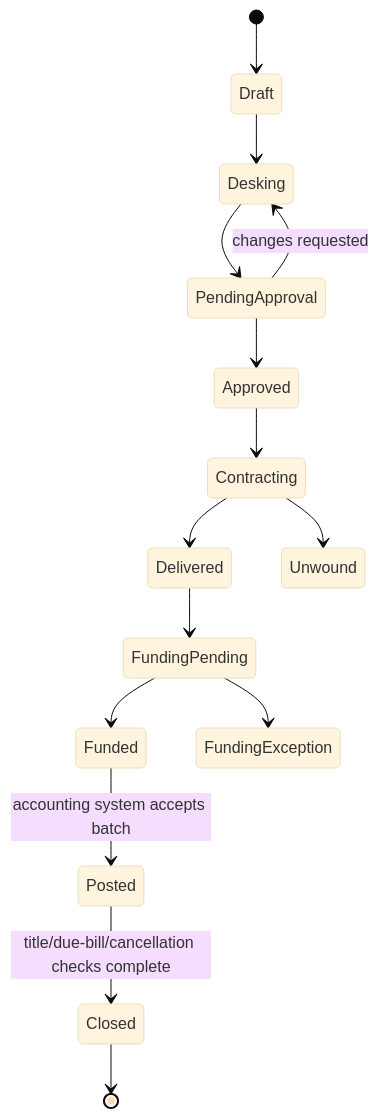
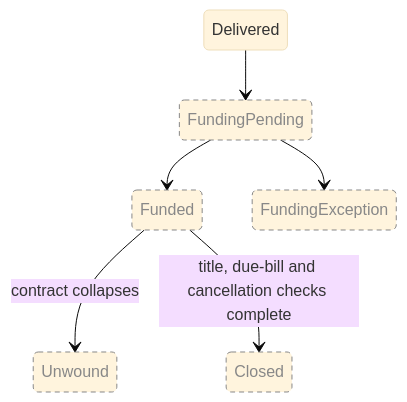
One commit to PoulaAdel/DealerFOSS changed the second of 2 diagrams in docs/diagrams/05-deal-lifecycle.md. Above: the diagram before and after it, drawn with Mermaid (base theme). The commit also changed other lines of this file and 4 other files, not shown here.

First line of the commit message:
docs: the last three diagrams stop describing a system we did not build

````diff
--- a/docs/diagrams/05-deal-lifecycle.md
+++ b/docs/diagrams/05-deal-lifecycle.md
@@ -7,17 +48,11 @@
 ```mermaid
 stateDiagram-v2
-    [*] --> Draft
-    Draft --> Desking
-    Desking --> PendingApproval
-    PendingApproval --> Desking: changes requested
-    PendingApproval --> Approved
-    Approved --> Contracting
-    Contracting --> Delivered
-    Contracting --> Unwound
     Delivered --> FundingPending
     FundingPending --> Funded
     FundingPending --> FundingException
-    Funded --> Posted: accounting system accepts batch
-    Posted --> Closed: title/due-bill/cancellation checks complete
-    Closed --> [*]
+    Funded --> Unwound: contract collapses
+    Funded --> Closed: title, due-bill and cancellation checks complete
+
+    classDef planned stroke-dasharray:5 4,color:#888,stroke:#888
+    class FundingPending,Funded,FundingException,Unwound,Closed planned
 ```
````
